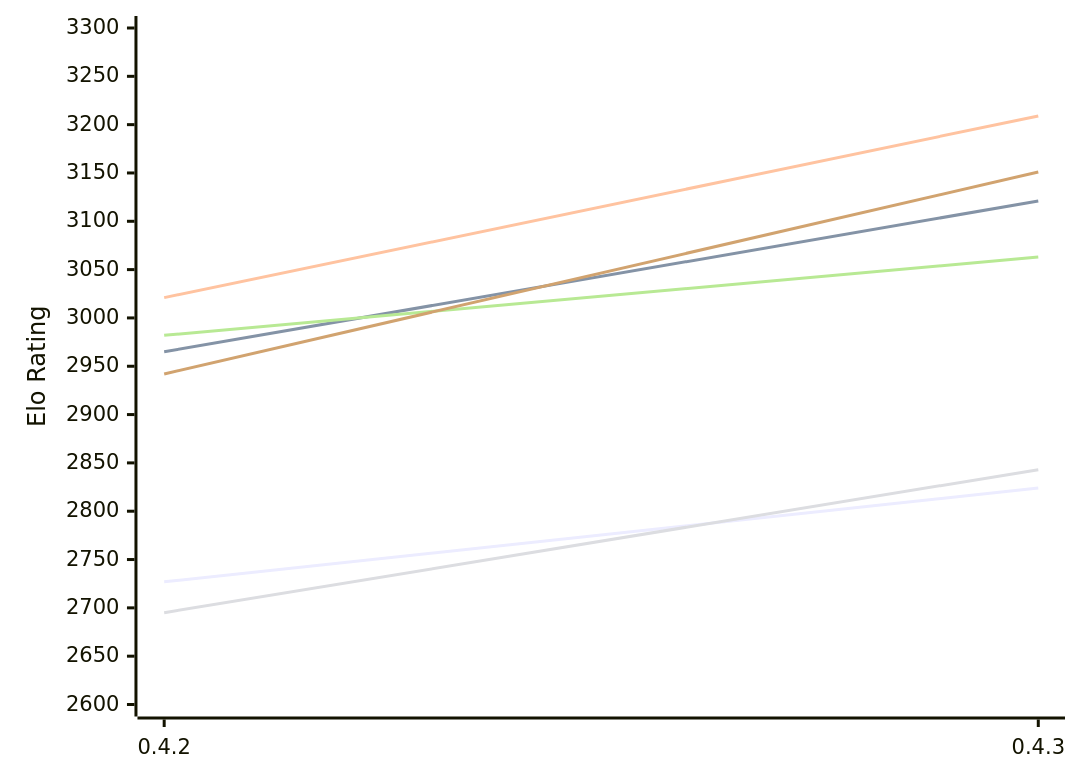
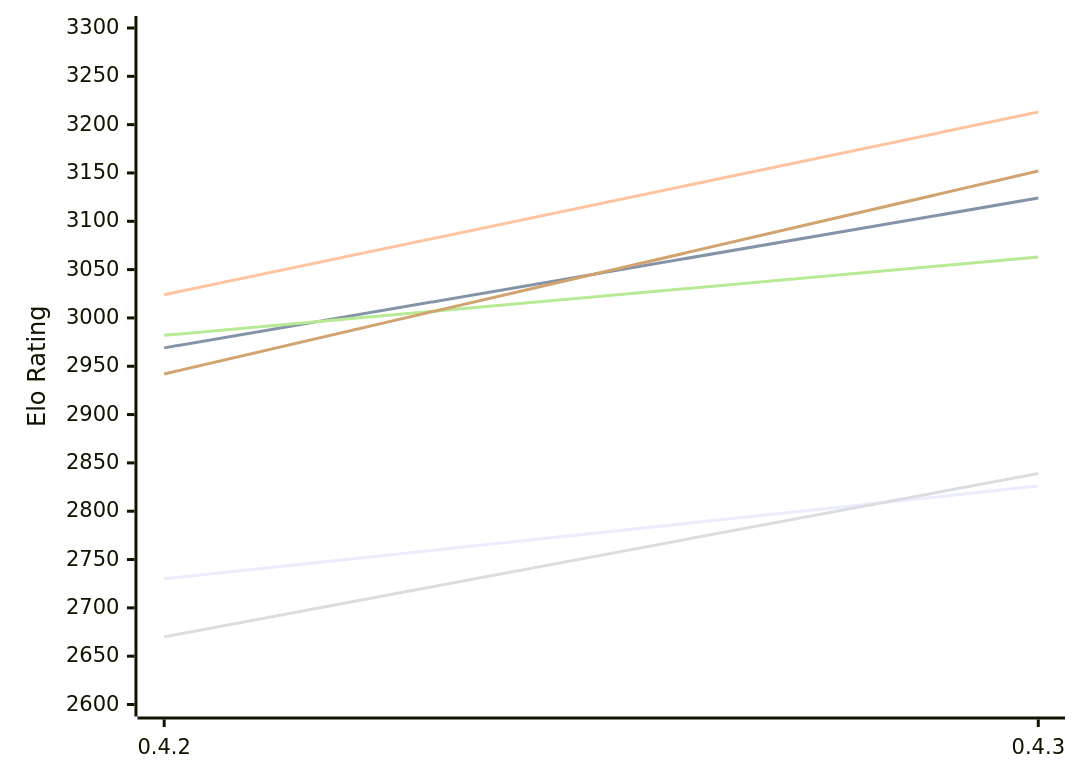
Before and after one commit to computer-chess-index/cci: the first of 2 diagrams in engines/Dual.md, drawn with Mermaid. The commit also changed other lines of this file, not shown here.

Commit message:
Update CCI Ratings (ELO VLTC) - 2026-11-22

````diff
--- a/engines/Dual.md
+++ b/engines/Dual.md
@@ -56,12 +56,12 @@
 ```mermaid
 %%{init: {"theme":"base","themeVariables":{"seriesColors:['#a3a3a3','#222221','#faa371']}}}%%
 xychart-beta
   x-axis ["0.4.2", "0.4.3"]
   y-axis "Elo Rating" 2600 --> 3300
-  line "E1: STC (8.0+0.08s)" [2727, 2824]
-  line "E1: LTC (60.0+0.60s)" [2965, 3121]
-  line "E1: VLTC (2m24s+1.12s)" [3021, 3209]
-  line "P1: STC (8.0+0.08s)" [2695, 2843]
+  line "E1: STC (8.0+0.08s)" [2730, 2826]
+  line "E1: LTC (60.0+0.60s)" [2969, 3124]
+  line "E1: VLTC (2m24s+1.12s)" [3024, 3213]
+  line "P1: STC (8.0+0.08s)" [2670, 2839]
   line "P1: LTC (60.0+0.60s)" [2982, 3063]
-  line "P1: VLTC (2m24s+1.12s)" [2942, 3151]
+  line "P1: VLTC (2m24s+1.12s)" [2942, 3152]
 ```
````
